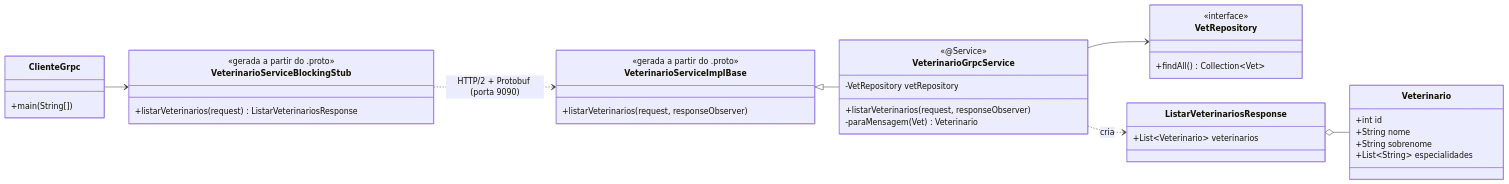
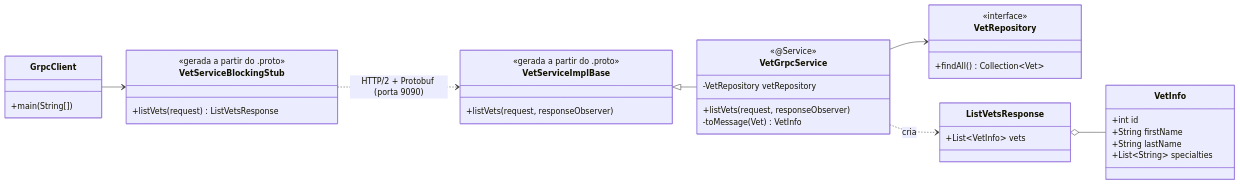
The third of 8 diagrams in ESTUDO-DE-CASO.md (GabrielKayran/spring-petclinic), drawn with Mermaid before and after one commit. The commit also changed other lines of this file and 115 other files, not shown here.

````diff
--- a/ESTUDO-DE-CASO.md
+++ b/ESTUDO-DE-CASO.md
@@ -168,40 +168,40 @@
 ```mermaid
 classDiagram
     direction LR
-    class VeterinarioServiceImplBase {
+    class VetServiceImplBase {
         <<gerada a partir do .proto>>
-        +listarVeterinarios(request, responseObserver)
+        +listVets(request, responseObserver)
     }
-    class VeterinarioServiceBlockingStub {
+    class VetServiceBlockingStub {
         <<gerada a partir do .proto>>
-        +listarVeterinarios(request) ListarVeterinariosResponse
+        +listVets(request) ListVetsResponse
     }
-    class VeterinarioGrpcService {
+    class VetGrpcService {
         <<@Service>>
         -VetRepository vetRepository
-        +listarVeterinarios(request, responseObserver)
-        -paraMensagem(Vet) Veterinario
+        +listVets(request, responseObserver)
+        -toMessage(Vet) VetInfo
     }
-    class ClienteGrpc {
+    class GrpcClient {
         +main(String[])
     }
     class VetRepository {
         <<interface>>
         +findAll() Collection~Vet~
     }
-    class ListarVeterinariosResponse {
-        +List~Veterinario~ veterinarios
+    class ListVetsResponse {
+        +List~VetInfo~ vets
     }
-    class Veterinario {
+    class VetInfo {
         +int id
-        +String nome
-        +String sobrenome
-        +List~String~ especialidades
+        +String firstName
+        +String lastName
+        +List~String~ specialties
     }
-    VeterinarioServiceImplBase <|-- VeterinarioGrpcService
-    VeterinarioGrpcService --> VetRepository
-    VeterinarioGrpcService ..> ListarVeterinariosResponse : cria
-    ListarVeterinariosResponse o-- Veterinario
-    ClienteGrpc --> VeterinarioServiceBlockingStub
-    VeterinarioServiceBlockingStub ..> VeterinarioServiceImplBase : HTTP/2 + Protobuf (porta 9090)
+    VetServiceImplBase <|-- VetGrpcService
+    VetGrpcService --> VetRepository
+    VetGrpcService ..> ListVetsResponse : cria
+    ListVetsResponse o-- VetInfo
+    GrpcClient --> VetServiceBlockingStub
+    VetServiceBlockingStub ..> VetServiceImplBase : HTTP/2 + Protobuf (porta 9090)
 ```
````
